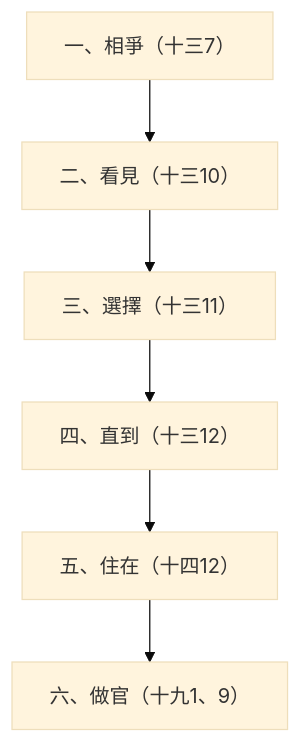
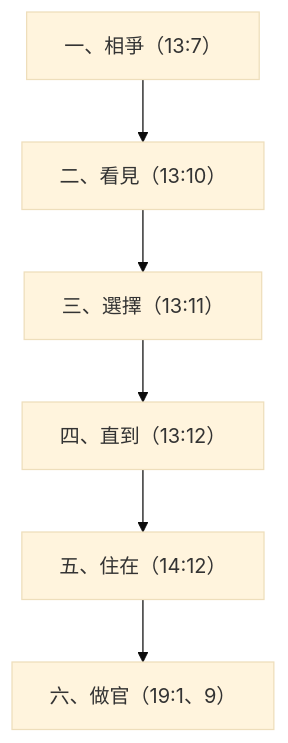
Before and after one commit to andyjr5566/Bible_wiki_zh: the diagram in 01 創世記/第13章.md, drawn with Mermaid (base theme). The commit also changed other lines of this file and 120 other files, not shown here.

````diff
--- a/01 創世記/第13章.md
+++ b/01 創世記/第13章.md
@@ -113,8 +119,8 @@
 ```mermaid
 flowchart TD
-    A["一、相爭（十三7）"] --> B["二、看見（十三10）"]
-    B --> C["三、選擇（十三11）"]
-    C --> D["四、直到（十三12）"]
-    D --> E["五、住在（十四12）"]
-    E --> F["六、做官（十九1、9）"]
+    A["一、相爭（13:7）"] --> B["二、看見（13:10）"]
+    B --> C["三、選擇（13:11）"]
+    C --> D["四、直到（13:12）"]
+    D --> E["五、住在（14:12）"]
+    E --> F["六、做官（19:1、9）"]
 ```
````
